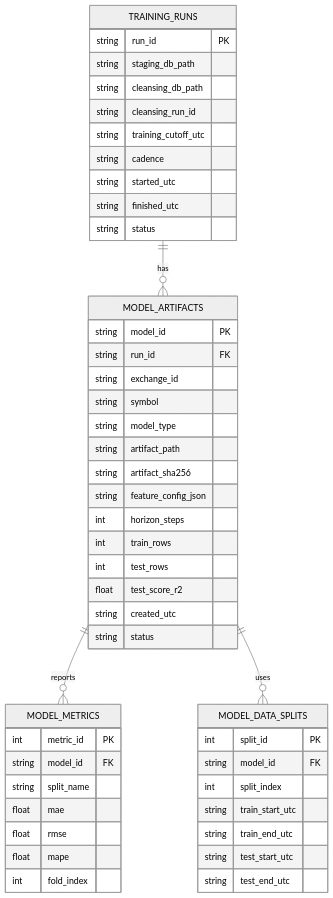
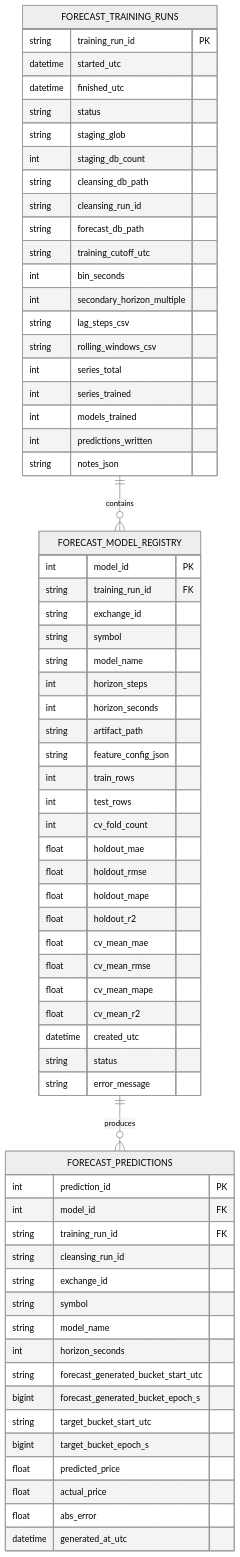
Before and after one commit to laiki/crypto_DWH: the diagram in diagrams/6_forecasting/uml_er_forecasting_model_registry.mmd, drawn with Mermaid (neutral theme). The commit also changed 172 other files, not shown here.

Commit message:
implementation of the new architecture

```diff
--- a/diagrams/6_forecasting/uml_er_forecasting_model_registry.mmd
+++ b/diagrams/6_forecasting/uml_er_forecasting_model_registry.mmd
@@ -1,53 +1,70 @@
 erDiagram
-    TRAINING_RUNS ||--o{ MODEL_ARTIFACTS : has
-    MODEL_ARTIFACTS ||--o{ MODEL_METRICS : reports
-    MODEL_ARTIFACTS ||--o{ MODEL_DATA_SPLITS : uses
+    FORECAST_TRAINING_RUNS ||--o{ FORECAST_MODEL_REGISTRY : contains
+    FORECAST_MODEL_REGISTRY ||--o{ FORECAST_PREDICTIONS : produces
 
-    TRAINING_RUNS {
-        string run_id PK
-        string staging_db_path
+    FORECAST_TRAINING_RUNS {
+        string training_run_id PK
+        datetime started_utc
+        datetime finished_utc
+        string status
+        string staging_glob
+        int staging_db_count
         string cleansing_db_path
         string cleansing_run_id
+        string forecast_db_path
         string training_cutoff_utc
-        string cadence
-        string started_utc
-        string finished_utc
-        string status
+        int bin_seconds
+        int secondary_horizon_multiple
+        string lag_steps_csv
+        string rolling_windows_csv
+        int series_total
+        int series_trained
+        int models_trained
+        int predictions_written
+        string notes_json
     }
 
-    MODEL_ARTIFACTS {
-        string model_id PK
-        string run_id FK
+    FORECAST_MODEL_REGISTRY {
+        int model_id PK
+        string training_run_id FK
         string exchange_id
         string symbol
-        string model_type
+        string model_name
+        int horizon_steps
+        int horizon_seconds
         string artifact_path
-        string artifact_sha256
         string feature_config_json
-        int horizon_steps
         int train_rows
         int test_rows
-        float test_score_r2
-        string created_utc
+        int cv_fold_count
+        float holdout_mae
+        float holdout_rmse
+        float holdout_mape
+        float holdout_r2
+        float cv_mean_mae
+        float cv_mean_rmse
+        float cv_mean_mape
+        float cv_mean_r2
+        datetime created_utc
         string status
+        string error_message
     }
 
-    MODEL_METRICS {
-        int metric_id PK
-        string model_id FK
-        string split_name
-        float mae
-        float rmse
-        float mape
-        int fold_index
+    FORECAST_PREDICTIONS {
+        int prediction_id PK
+        int model_id FK
+        string training_run_id FK
+        string cleansing_run_id
+        string exchange_id
+        string symbol
+        string model_name
+        int horizon_seconds
+        string forecast_generated_bucket_start_utc
+        bigint forecast_generated_bucket_epoch_s
+        string target_bucket_start_utc
+        bigint target_bucket_epoch_s
+        float predicted_price
+        float actual_price
+        float abs_error
+        datetime generated_at_utc
     }
-
-    MODEL_DATA_SPLITS {
-        int split_id PK
-        string model_id FK
-        int split_index
-        string train_start_utc
-        string train_end_utc
-        string test_start_utc
-        string test_end_utc
-    }
```
